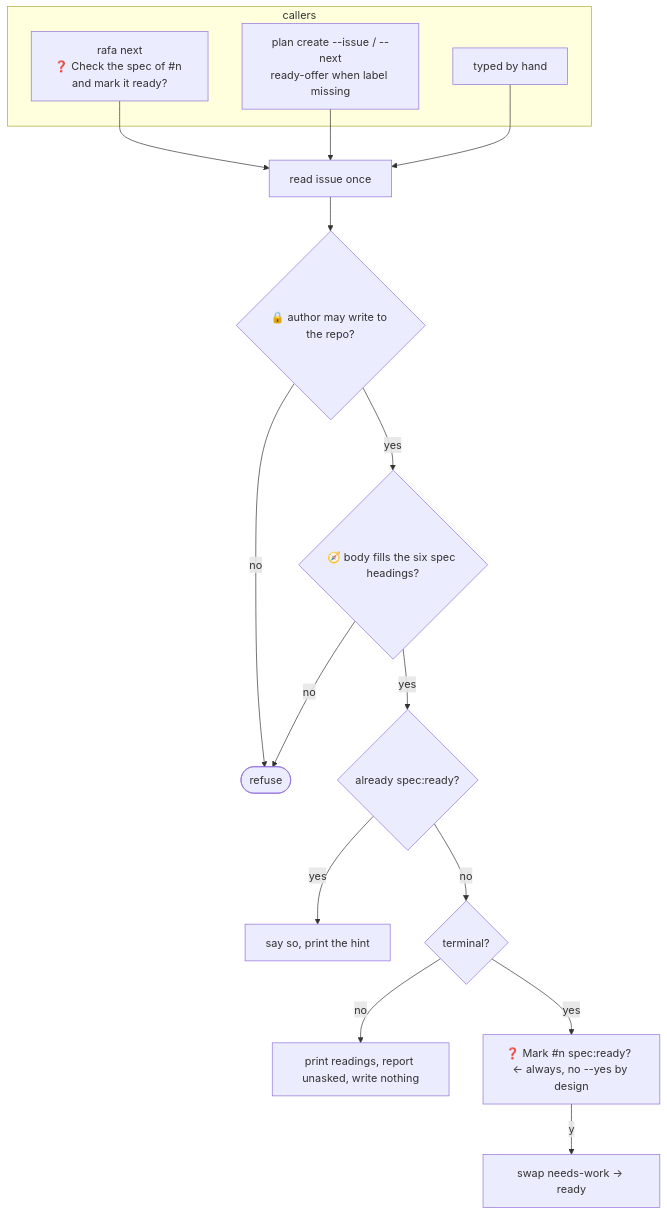
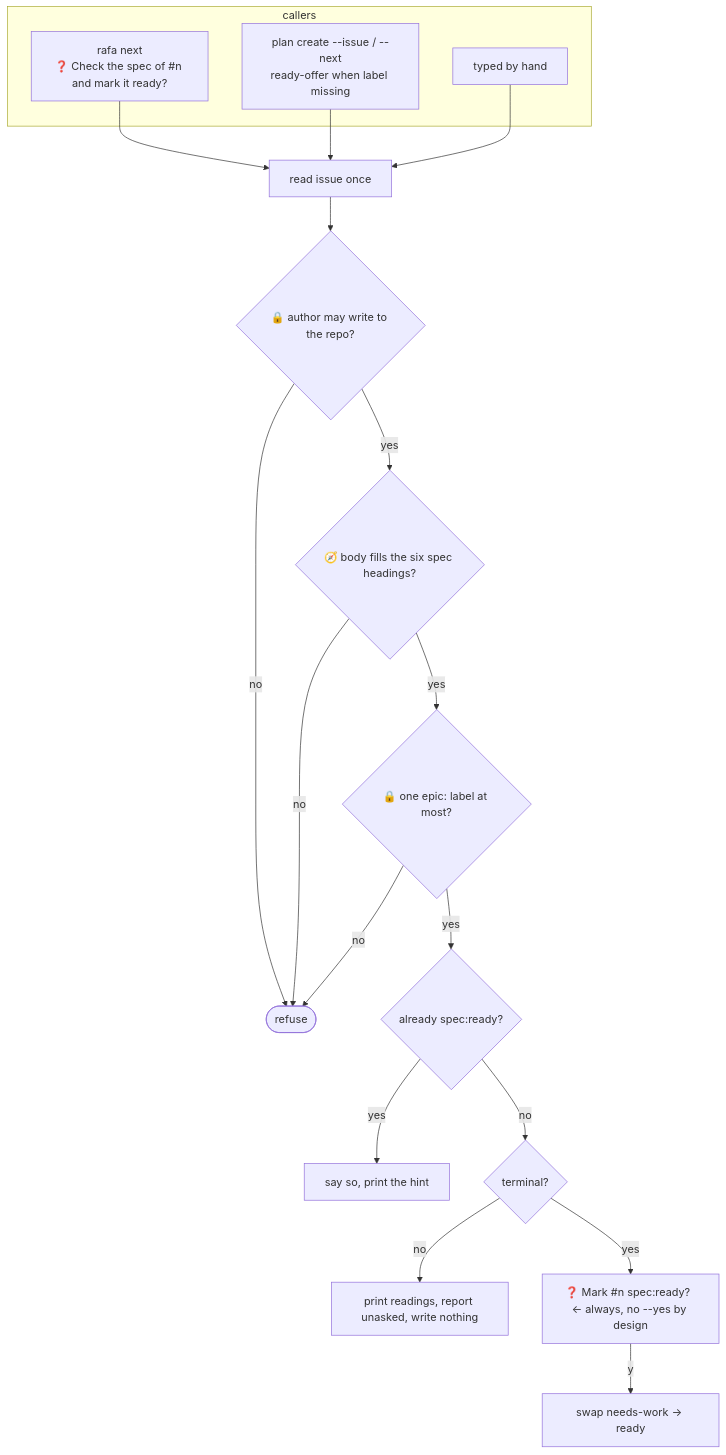
One commit to open-tomato/rafa changed the fourth of 9 diagrams in docs/workflow-checks.md. Above: the diagram before and after it, drawn with Mermaid. The commit also changed 5 other files, not shown here.

First line of the commit message:
chore: refuse a spec carrying two `epic:` labels in `rafa issue ready`

````diff
--- a/docs/workflow-checks.md
+++ b/docs/workflow-checks.md
@@ -114,21 +114,23 @@
 ```mermaid
 flowchart TD
     subgraph callers
         N["rafa next<br/>❓ Check the spec of #n and mark it ready?"]
         P["plan create --issue / --next<br/>ready-offer when label missing"]
         U["typed by hand"]
     end
     N --> A
     P --> A
     U --> A
     A["read issue once"] --> B{"🔒 author may write to the repo?"}
     B -- no --> R([refuse])
     B -- yes --> C{"🧭 body fills the six spec headings?"}
     C -- no --> R
-    C -- yes --> D{already spec:ready?}
+    C -- yes --> C2{"🔒 one epic: label at most?"}
+    C2 -- no --> R
+    C2 -- yes --> D{already spec:ready?}
     D -- yes --> E[say so, print the hint]
     D -- no --> F{terminal?}
     F -- no --> G[print readings, report unasked, write nothing]
     F -- yes --> H["❓ Mark #n spec:ready?  ← always, no --yes by design"]
     H -- y --> I[swap needs-work → ready]
 ```
````
